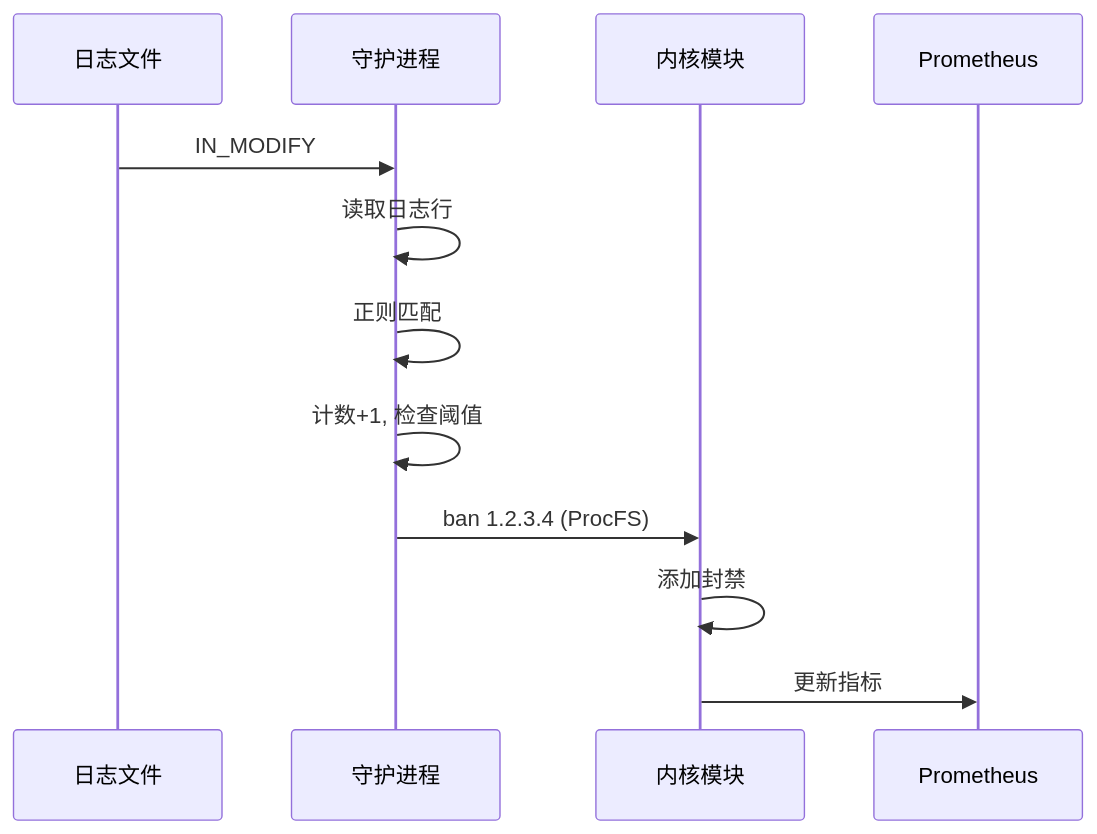
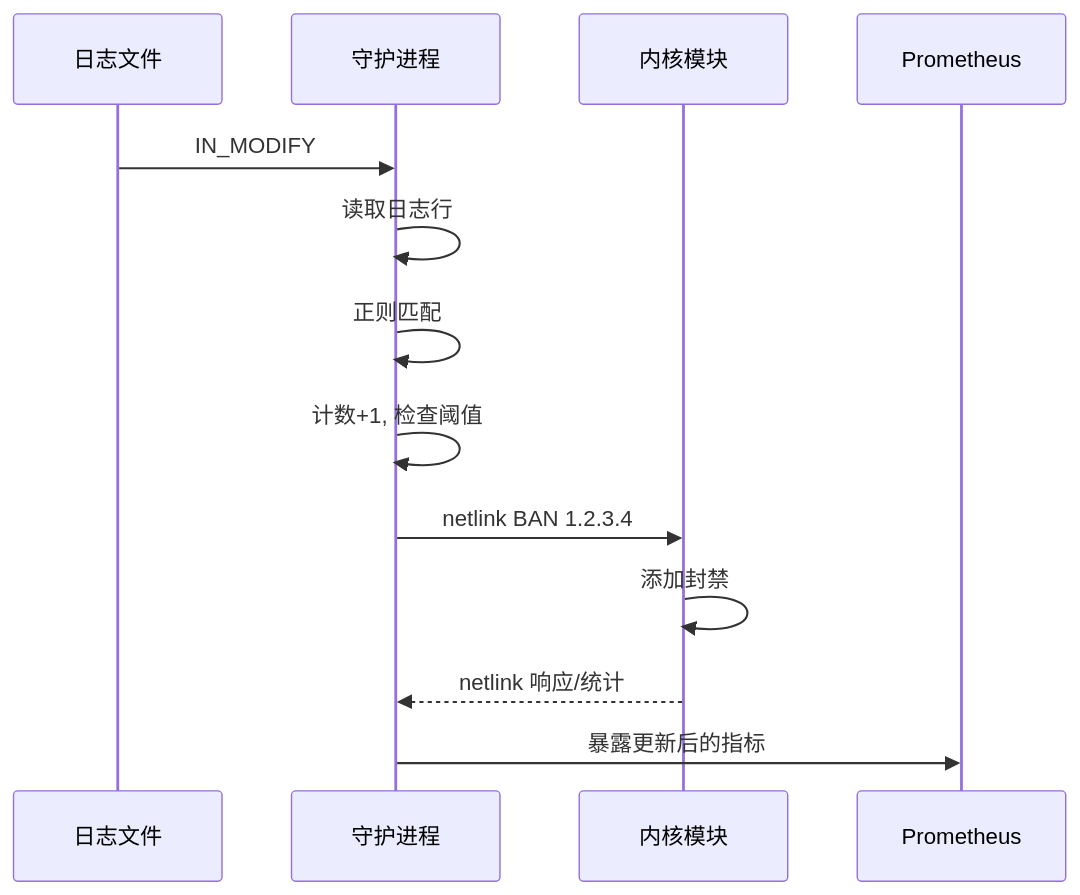
One commit to SnowCore8/linux-firewall-kmod changed the sixth of 7 diagrams in docs/zh/architecture/data-flow.md. Above: the diagram before and after it, drawn with Mermaid. The commit also changed other lines of this file and 6 other files, not shown here.

First line of the commit message:
docs: align architecture framework (#10)

````diff
--- a/docs/zh/architecture/data-flow.md
+++ b/docs/zh/architecture/data-flow.md
@@ -107,15 +111,16 @@
 ```mermaid
 sequenceDiagram
     participant Log as 日志文件
     participant Daemon as 守护进程
     participant Kernel as 内核模块
     participant Prometheus as Prometheus
 
     Log->>Daemon: IN_MODIFY
     Daemon->>Daemon: 读取日志行
     Daemon->>Daemon: 正则匹配
     Daemon->>Daemon: 计数+1, 检查阈值
-    Daemon->>Kernel: ban 1.2.3.4 (ProcFS)
+    Daemon->>Kernel: netlink BAN 1.2.3.4
     Kernel->>Kernel: 添加封禁
-    Kernel->>Prometheus: 更新指标
+    Kernel-->>Daemon: netlink 响应/统计
+    Daemon->>Prometheus: 暴露更新后的指标
 ```
````
